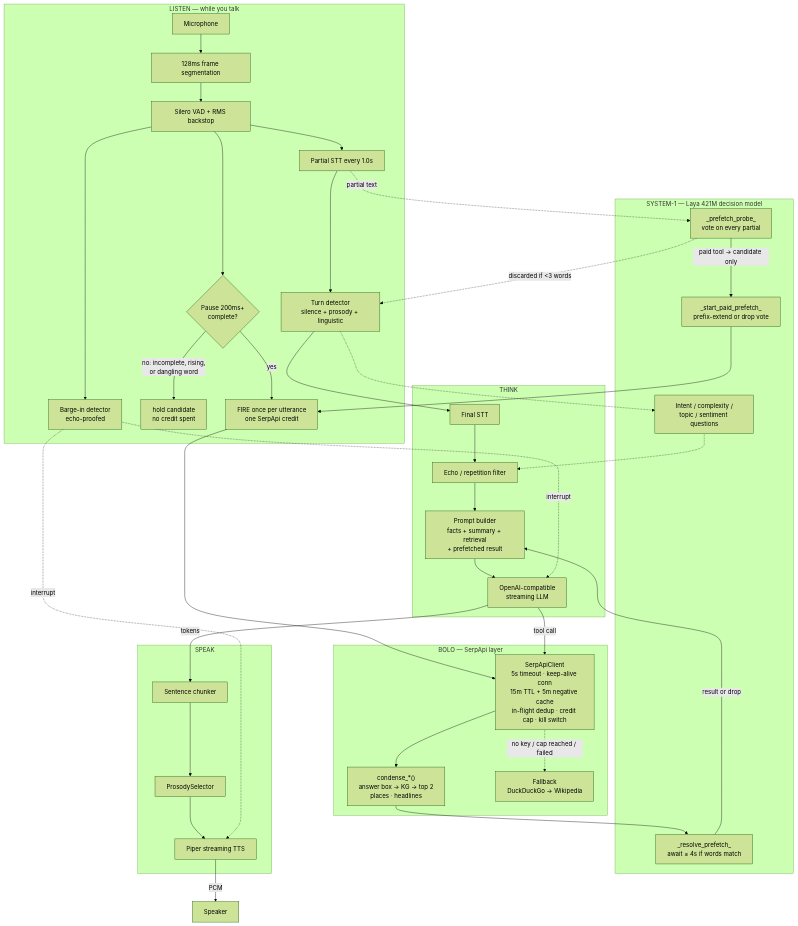
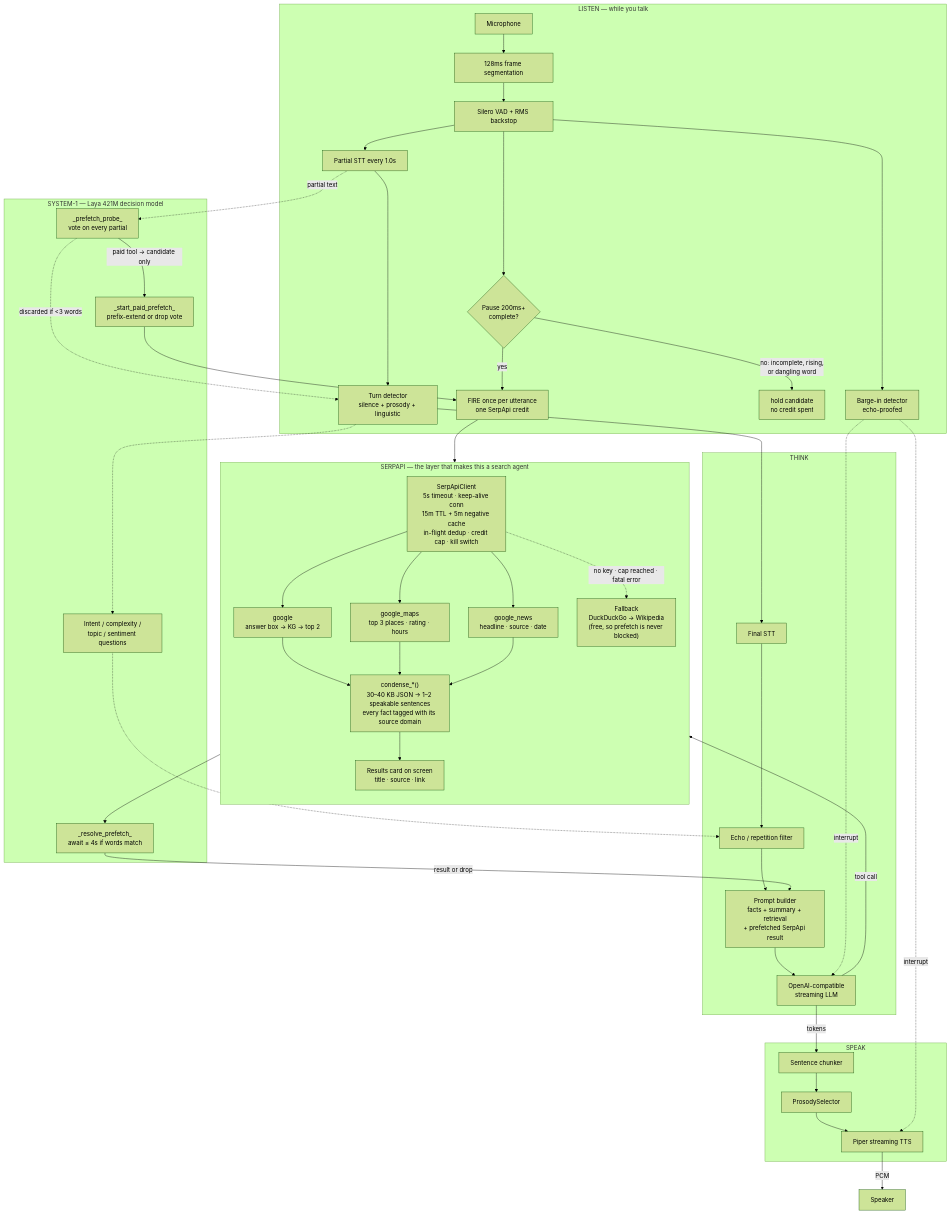
The diagram in README.md (Shindevrp/Bolo), drawn with Mermaid (forest theme) before and after one commit. The commit also changed other lines of this file and 2 other files, not shown here.

Commit message:
docs: make SerpApi layer the lead diagram and rebrand diagram titles Bolo

````diff
--- a/README.md
+++ b/README.md
@@ -368,56 +368,61 @@
 ```mermaid
 flowchart TB
+    subgraph Serp["SERPAPI — the layer that makes this a search agent"]
+        direction TB
+        CLIFF["SerpApiClient<br/>5s timeout · keep-alive conn<br/>15m TTL + 5m negative cache<br/>in-flight dedup · credit cap · kill switch"]
+        CLIFF --> G["google<br/>answer box → KG → top 2"]
+        CLIFF --> M["google_maps<br/>top 3 places · rating · hours"]
+        CLIFF --> N["google_news<br/>headline · source · date"]
+        G --> COND["condense_*()<br/>30–40 KB JSON → 1–2 speakable sentences<br/>every fact tagged with its source domain"]
+        M --> COND
+        N --> COND
+        COND --> CARD["Results card on screen<br/>title · source · link"]
+        CLIFF -.->|"no key · cap reached · fatal error"| FALL["Fallback<br/>DuckDuckGo → Wikipedia<br/>(free, so prefetch is never blocked)"]
+    end
+
     subgraph Listen["LISTEN — while you talk"]
         MIC[Microphone] --> SEG[128ms frame segmentation]
         SEG --> VAD[Silero VAD + RMS backstop]
         VAD --> PSTT[Partial STT every 1.0s]
         PSTT --> TURN[Turn detector<br/>silence + prosody + linguistic]
         VAD --> BARGE[Barge-in detector<br/>echo-proofed]
         VAD --> PAUSE{"Pause 200ms+<br/>complete?"}
         PAUSE -->|"no: incomplete, rising,<br/>or dangling word"| HOLD["hold candidate<br/>no credit spent"]
         PAUSE -->|"yes"| FIRE
     end
 
     subgraph S1["SYSTEM-1 — Laya 421M decision model"]
         PREF[_prefetch_probe_<br/>vote on every partial]
         EXT[_start_paid_prefetch_<br/>prefix-extend or drop vote]
         FIRE["FIRE once per utterance<br/>one SerpApi credit"]
         WAIT[_resolve_prefetch_<br/>await ≤ 4s if words match]
         CLS[Intent / complexity /<br/>topic / sentiment questions]
         PREF -->|paid tool → candidate only| EXT
         EXT --> FIRE
     end
 
-    subgraph Search["BOLO — SerpApi layer"]
-        CLIFF["SerpApiClient<br/>5s timeout · keep-alive conn<br/>15m TTL + 5m negative cache<br/>in-flight dedup · credit cap · kill switch"]
-        COND["condense_*()<br/>answer box → KG → top 2<br/>places · headlines"]
-        FALL["Fallback<br/>DuckDuckGo → Wikipedia"]
-    end
-
     subgraph Think["THINK"]
         STT2[Final STT] --> REP[Echo / repetition filter]
-        REP --> BUILDER[Prompt builder<br/>facts + summary + retrieval<br/>+ prefetched result]
+        REP --> BUILDER[Prompt builder<br/>facts + summary + retrieval<br/>+ prefetched SerpApi result]
         BUILDER --> LLM[OpenAI-compatible<br/>streaming LLM]
     end
 
     subgraph Speak["SPEAK"]
         CHUNK[Sentence chunker] --> PROS[ProsodySelector]
         PROS --> TTS[Piper streaming TTS]
     end
 
     TURN --> STT2
     PSTT -.->|partial text| PREF
     PREF -.->|discarded if <3 words| TURN
     FIRE --> CLIFF
-    CLIFF --> COND
-    CLIFF -.->|no key / cap reached / failed| FALL
     COND --> WAIT
     WAIT -->|result or drop| BUILDER
     TURN -.-> CLS
     CLS -.-> REP
     LLM -->|tool call| CLIFF
     LLM -->|tokens| CHUNK
     TTS -->|PCM| OUT[Speaker]
     BARGE -.->|interrupt| LLM
     BARGE -.->|interrupt| TTS
 ```
````
